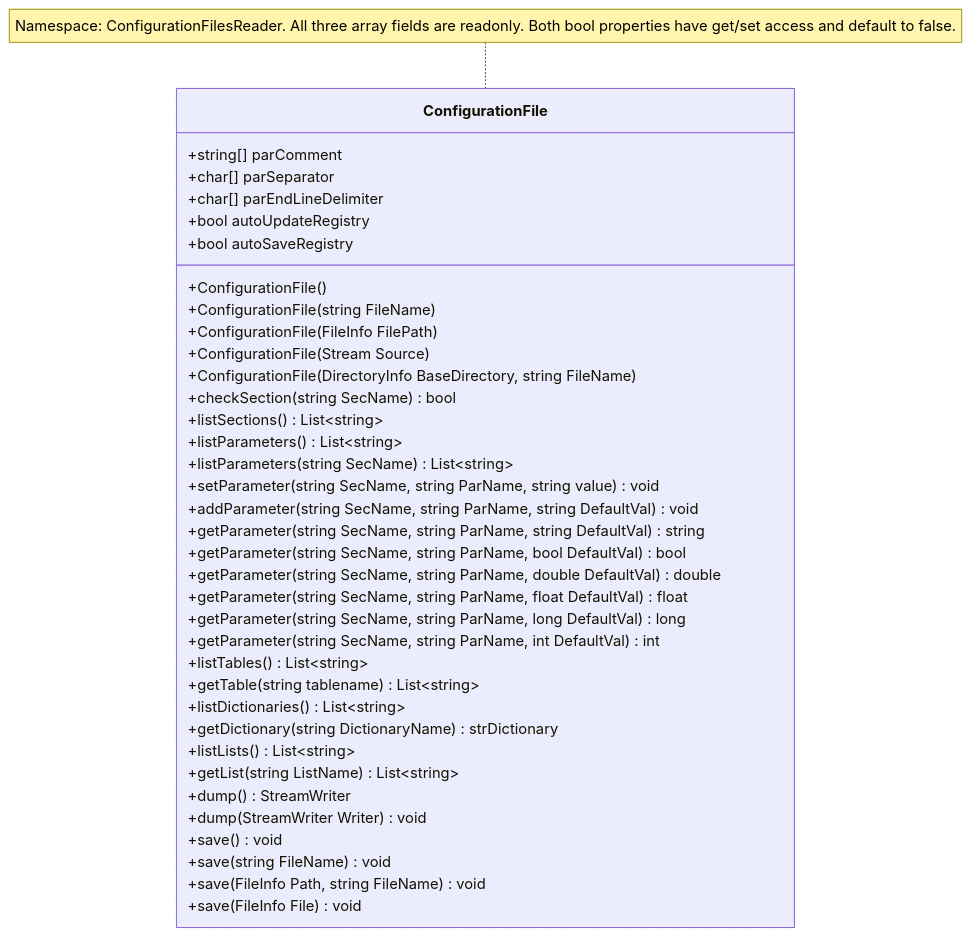
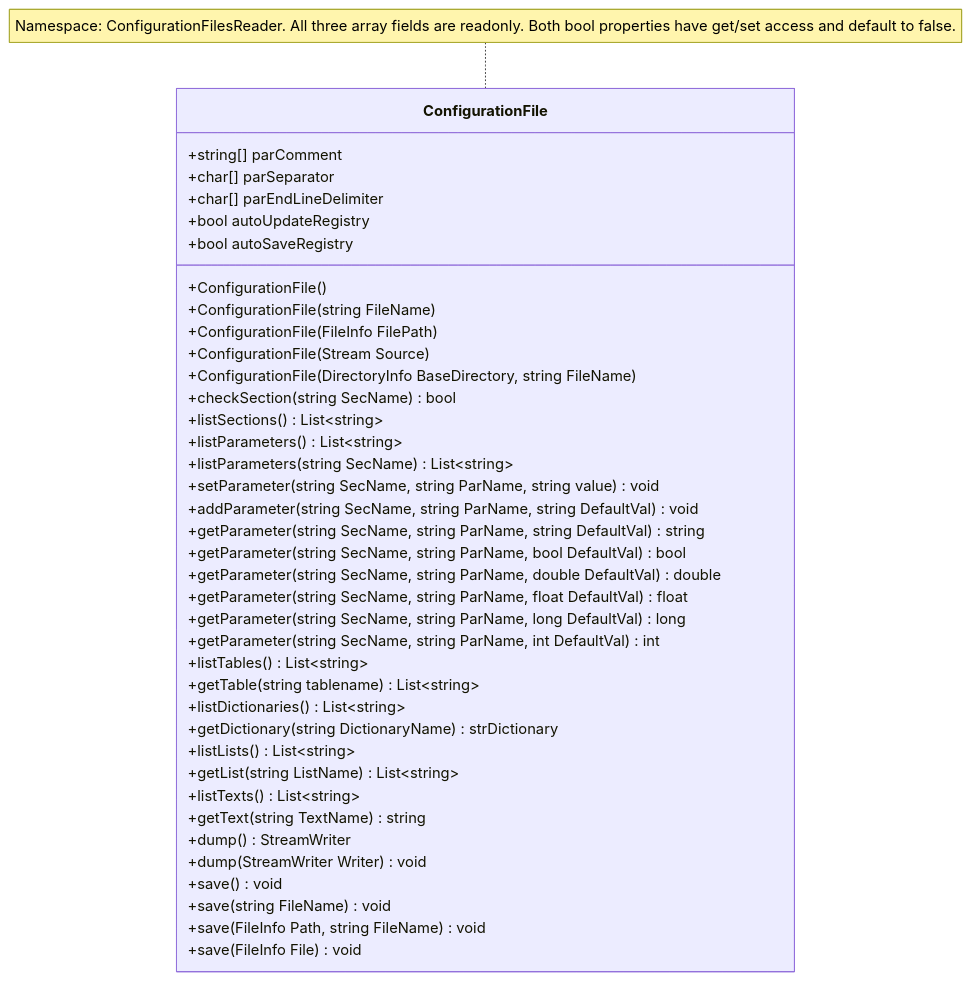
One commit to delloiaconos/IniLike changed the diagram in README.md. Above: the diagram before and after it, drawn with Mermaid. The commit also changed other lines of this file and 10 other files, not shown here.

Commit message:
Added support for text blocks.

````diff
--- a/README.md
+++ b/README.md
@@ -152,46 +164,49 @@
 ```mermaid
 classDiagram
     class ConfigurationFile {
         %% Shared settings and constructors
         +string[] parComment
         +char[] parSeparator
         +char[] parEndLineDelimiter
         +bool autoUpdateRegistry
         +bool autoSaveRegistry
         +ConfigurationFile()
         +ConfigurationFile(string FileName)
         +ConfigurationFile(FileInfo FilePath)
         +ConfigurationFile(Stream Source)
         +ConfigurationFile(DirectoryInfo BaseDirectory, string FileName)
         %% Sections and parameters
         +checkSection(string SecName) bool
         +listSections() List~string~
         +listParameters() List~string~
         +listParameters(string SecName) List~string~
         +setParameter(string SecName, string ParName, string value) void
         +addParameter(string SecName, string ParName, string DefaultVal) void
         +getParameter(string SecName, string ParName, string DefaultVal) string
         +getParameter(string SecName, string ParName, bool DefaultVal) bool
         +getParameter(string SecName, string ParName, double DefaultVal) double
         +getParameter(string SecName, string ParName, float DefaultVal) float
         +getParameter(string SecName, string ParName, long DefaultVal) long
         +getParameter(string SecName, string ParName, int DefaultVal) int
         %% Tables
         +listTables() List~string~
         +getTable(string tablename) List~string~
         %% Dictionaries
         +listDictionaries() List~string~
         +getDictionary(string DictionaryName) strDictionary
         %% Lists
         +listLists() List~string~
         +getList(string ListName) List~string~
+        %% Text blocks
+        +listTexts() List~string~
+        +getText(string TextName) string
         %% Persistence
         +dump() StreamWriter
         +dump(StreamWriter Writer) void
         +save() void
         +save(string FileName) void
         +save(FileInfo Path, string FileName) void
         +save(FileInfo File) void
     }
     note for ConfigurationFile "Namespace: ConfigurationFilesReader. All three array fields are readonly. Both bool properties have get/set access and default to false."
 ```
````
